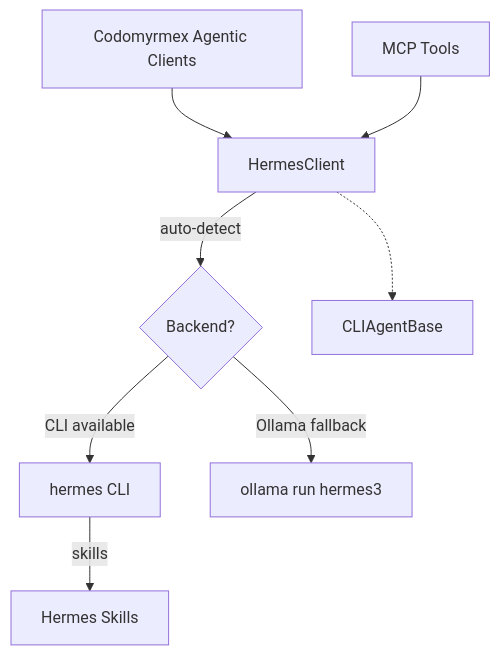
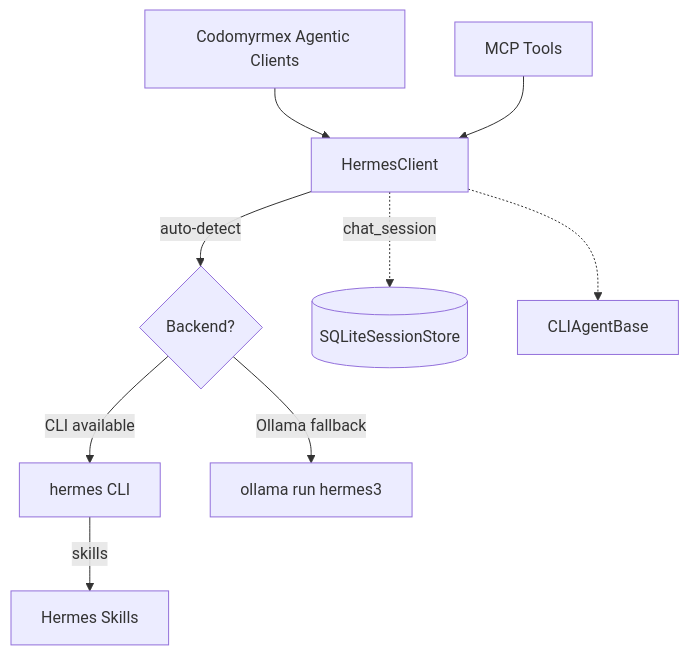
One commit to docxology/codomyrmex changed the diagram in src/codomyrmex/agents/hermes/SPEC.md. Above: the diagram before and after it, drawn with Mermaid. The commit also changed other lines of this file and 3316 other files, not shown here.

````diff
--- a/src/codomyrmex/agents/hermes/SPEC.md
+++ b/src/codomyrmex/agents/hermes/SPEC.md
@@ -11,10 +11,13 @@
 ```mermaid
 graph TD
     AC[Codomyrmex Agentic Clients] --> HC[HermesClient]
     HC --> |auto-detect| BD{Backend?}
     BD --> |CLI available| HCLI[hermes CLI]
     BD --> |Ollama fallback| OL[ollama run hermes3]
+    
+    HC -.-> |chat_session| SS[(SQLiteSessionStore)]
+    
     HCLI --> |skills| HS[Hermes Skills]
     MCP[MCP Tools] --> HC
     HC -.-> Base[CLIAgentBase]
 ```
````
